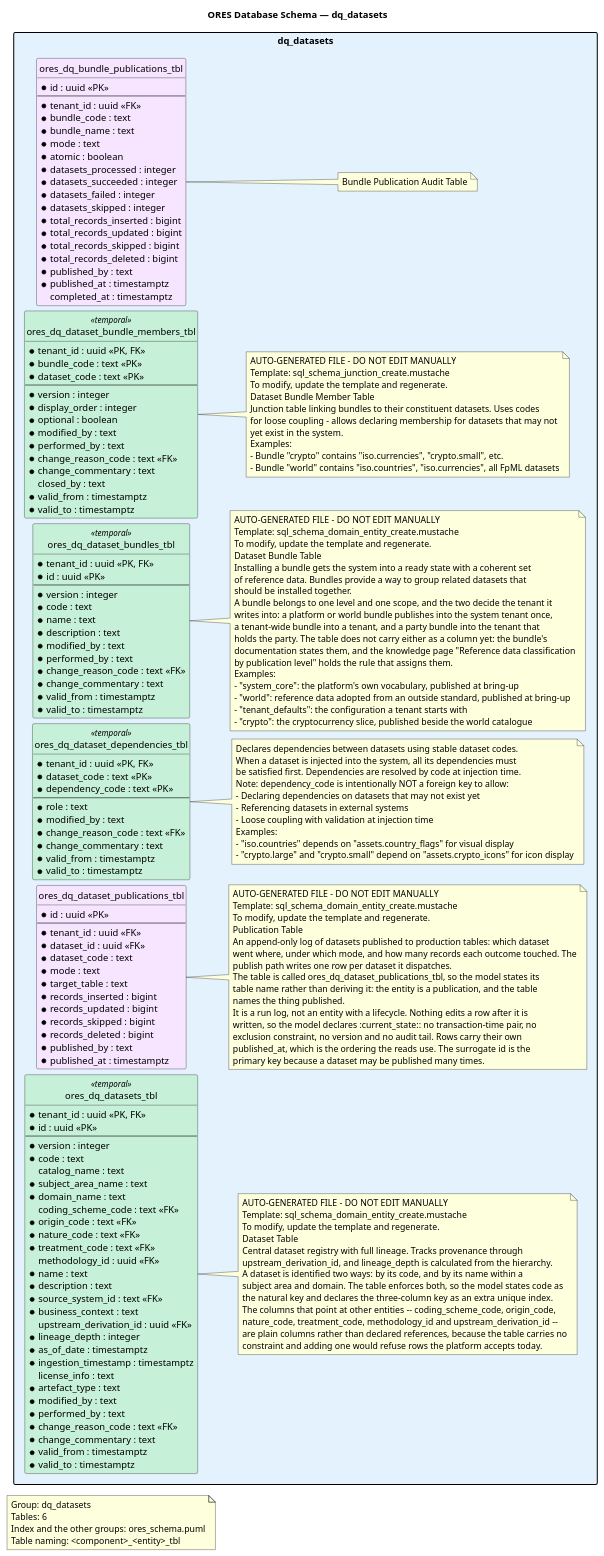
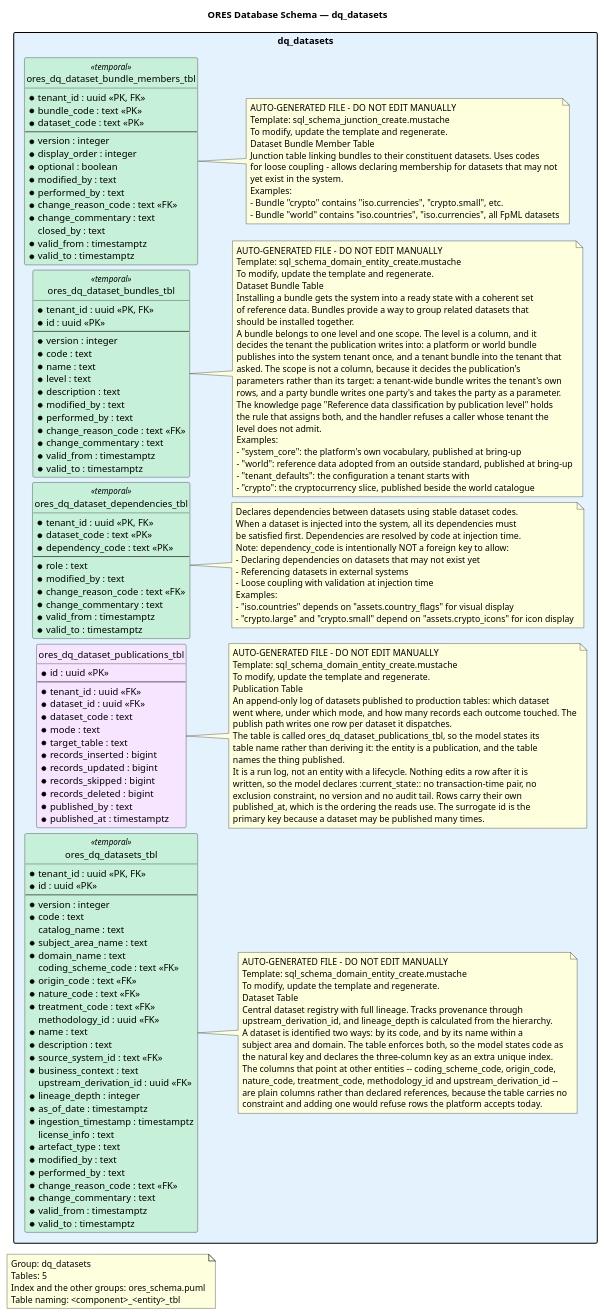
One commit to OreStudio/OreStudio changed the diagram in projects/ores.sql/modeling/ores_schema.dq_datasets.puml. Above: the diagram before and after it, drawn with PlantUML. The commit also changed 39 other files, not shown here.

```diff
--- a/projects/ores.sql/modeling/ores_schema.dq_datasets.puml
+++ b/projects/ores.sql/modeling/ores_schema.dq_datasets.puml
@@ -32,7 +32,7 @@
 
 note as GroupNote
 Group: dq_datasets
-Tables: 6
+Tables: 5
 Index and the other groups: ores_schema.puml
 Table naming: <component>_<entity>_tbl
 end note
@@ -41,31 +41,6 @@
 ' ==================== dq_datasets (Dataset Management) ====================
 '
 package "dq_datasets" #E3F2FD {
-    entity ores_dq_bundle_publications_tbl  #F7E5FF {
-        * id : uuid <<PK>>
-        --
-        * tenant_id : uuid <<FK>>
-        * bundle_code : text
-        * bundle_name : text
-        * mode : text
-        * atomic : boolean
-        * datasets_processed : integer
-        * datasets_succeeded : integer
-        * datasets_failed : integer
-        * datasets_skipped : integer
-        * total_records_inserted : bigint
-        * total_records_updated : bigint
-        * total_records_skipped : bigint
-        * total_records_deleted : bigint
-        * published_by : text
-        * published_at : timestamptz
-          completed_at : timestamptz
-    }
-
-    note right of ores_dq_bundle_publications_tbl
-    Bundle Publication Audit Table
-    end note
-
     entity ores_dq_dataset_bundle_members_tbl <<temporal>> #C6F0D8 {
         * tenant_id : uuid <<PK, FK>>
         * bundle_code : text <<PK>>
@@ -103,6 +78,7 @@
         * version : integer
         * code : text
         * name : text
+        * level : text
         * description : text
         * modified_by : text
         * performed_by : text
@@ -120,12 +96,15 @@
     Installing a bundle gets the system into a ready state with a coherent set
     of reference data. Bundles provide a way to group related datasets that
     should be installed together.
-    A bundle belongs to one level and one scope, and the two decide the tenant it
-    writes into: a platform or world bundle publishes into the system tenant once,
-    a tenant-wide bundle into a tenant, and a party bundle into the tenant that
-    holds the party. The table does not carry either as a column yet: the bundle's
-    documentation states them, and the knowledge page "Reference data classification
-    by publication level" holds the rule that assigns them.
+    A bundle belongs to one level and one scope. The level is a column, and it
+    decides the tenant the publication writes into: a platform or world bundle
+    publishes into the system tenant once, and a tenant bundle into the tenant that
+    asked. The scope is not a column, because it decides the publication's
+    parameters rather than its target: a tenant-wide bundle writes the tenant's own
+    rows, and a party bundle writes one party's and takes the party as a parameter.
+    The knowledge page "Reference data classification by publication level" holds
+    the rule that assigns both, and the handler refuses a caller whose tenant the
+    level does not admit.
     Examples:
     - "system_core": the platform's own vocabulary, published at bring-up
     - "world": reference data adopted from an outside standard, published at bring-up
```
